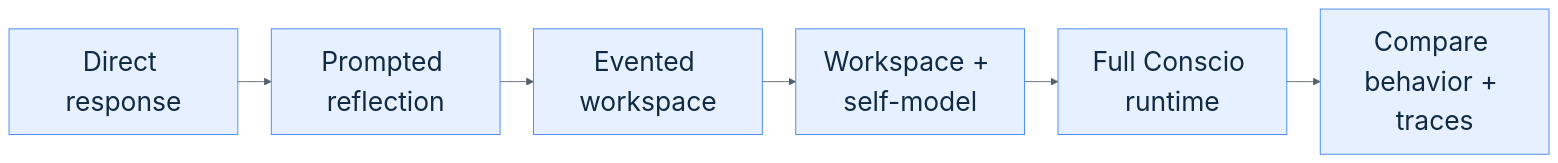
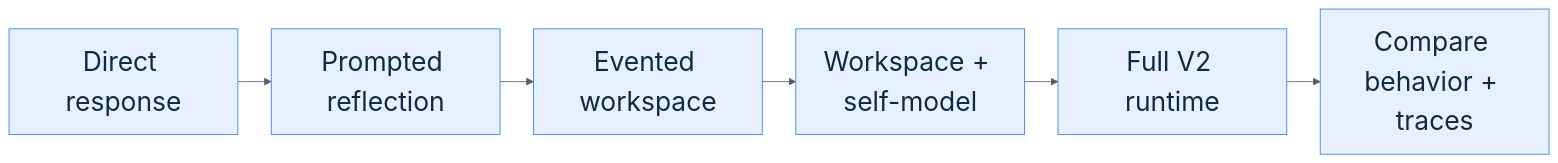
One commit to Libertai/conscio changed the fourth of 4 diagrams in docs/paper.md. Above: the diagram before and after it, drawn with Mermaid. The commit also changed other lines of this file and 12 other files, not shown here.

````diff
--- a/docs/paper.md
+++ b/docs/paper.md
@@ -685,9 +831,9 @@
 ```mermaid
 %%{init: {"theme": "base", "themeVariables": {"fontFamily": "Inter, Arial, sans-serif", "fontSize": "30px", "primaryColor": "#e6f0ff", "primaryBorderColor": "#3b82f6", "primaryTextColor": "#102a43", "lineColor": "#52606d"}, "flowchart": {"htmlLabels": false, "nodeSpacing": 24, "rankSpacing": 38, "curve": "basis"}}}%%
 flowchart LR
     B0["Direct response"] --> B1["Prompted reflection"]
     B1 --> B2["Evented workspace"]
     B2 --> B3["Workspace + self-model"]
-    B3 --> B4["Full Conscio runtime"]
+    B3 --> B4["Full V2 runtime"]
     B4 --> RESULT["Compare behavior + traces"]
 ```
````
